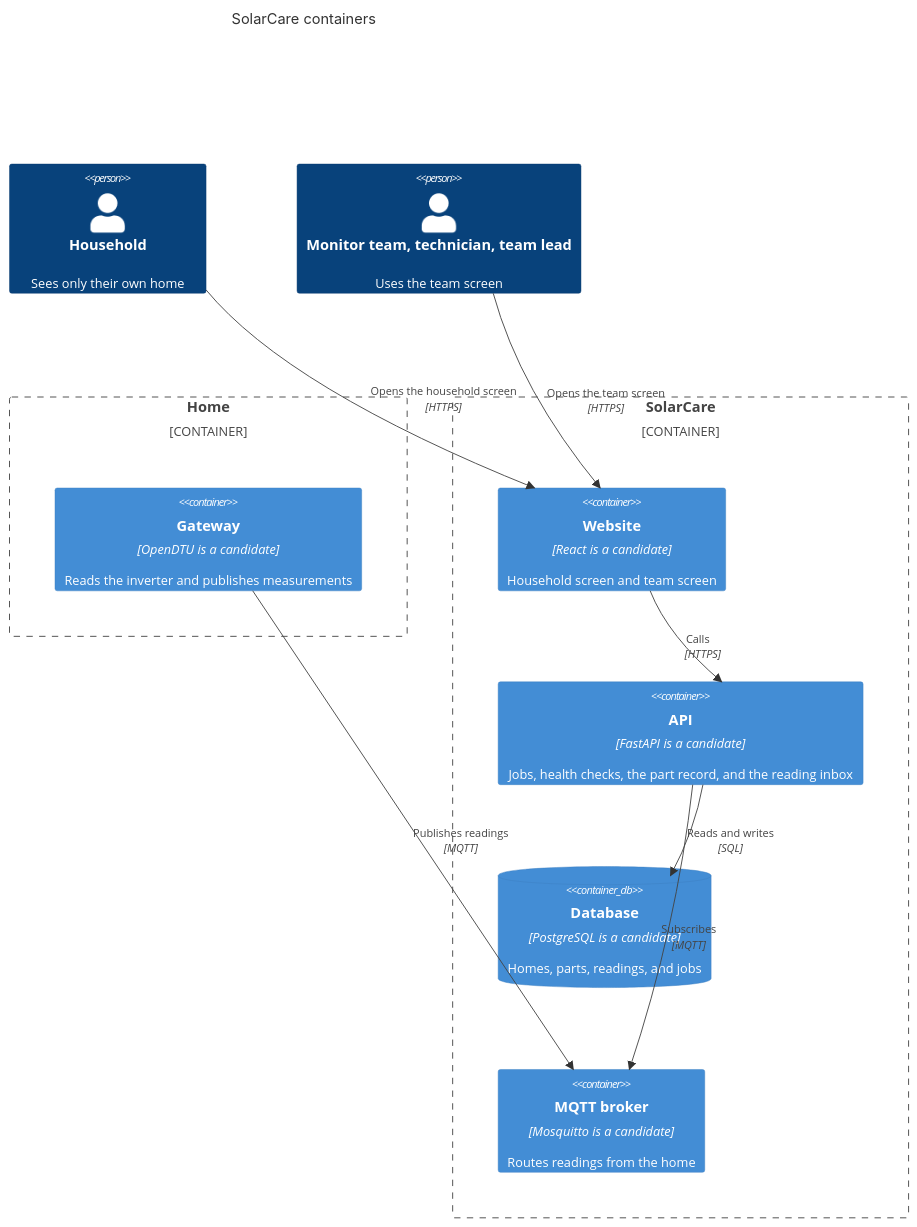
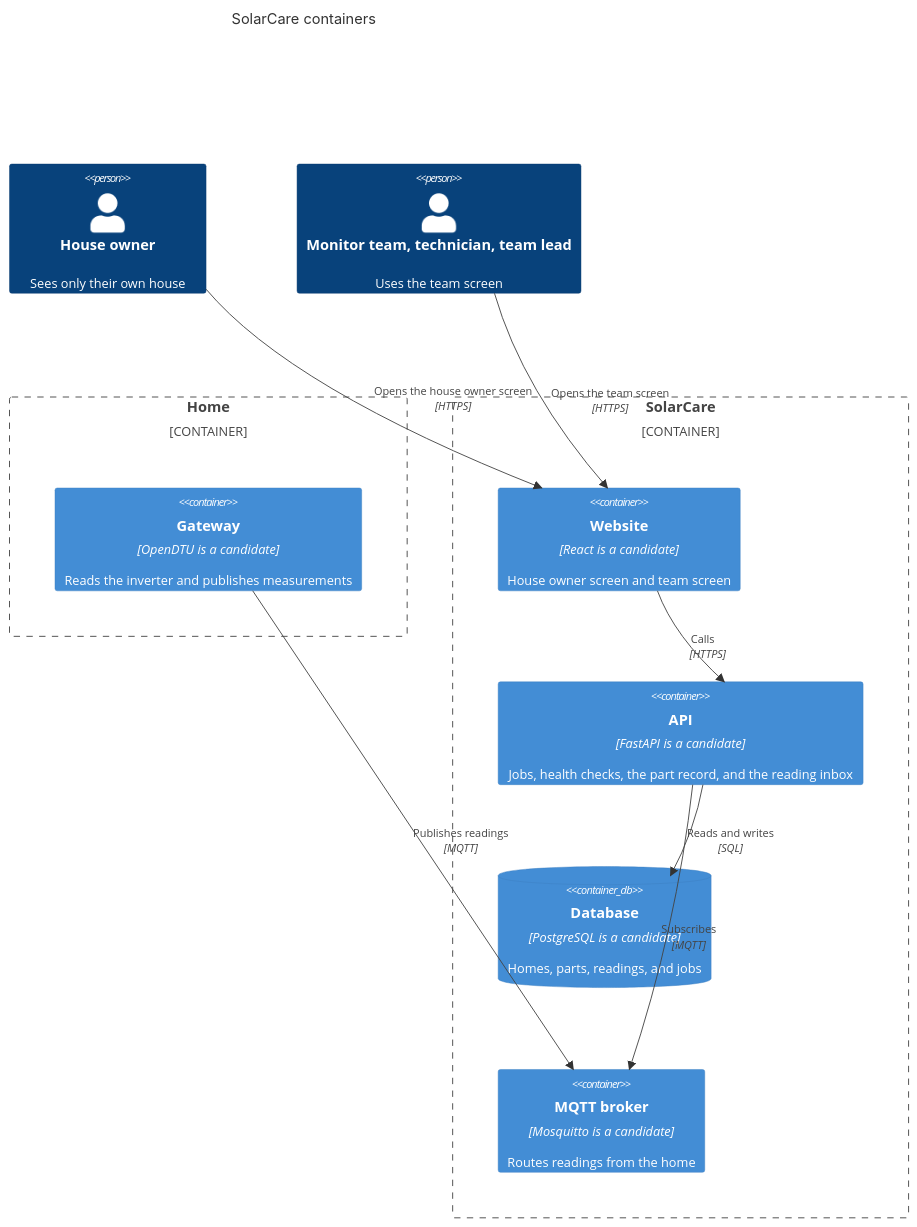
The diagram in diagrams/c4/container.md (SolarCare-school-project/SolarCare), drawn with Mermaid before and after one commit. The commit also changed other lines of this file and 7 other files, not shown here.

````diff
--- a/diagrams/c4/container.md
+++ b/diagrams/c4/container.md
@@ -7,25 +7,25 @@
 ```mermaid
 C4Container
 title SolarCare containers
 
-Person(household, "Household", "Sees only their own home")
+Person(owner, "House owner", "Sees only their own house")
 Person(team, "Monitor team, technician, team lead", "Uses the team screen")
 
 Container_Boundary(home, "Home") {
     Container(gateway, "Gateway", "OpenDTU is a candidate", "Reads the inverter and publishes measurements")
 }
 
 Container_Boundary(solarcare, "SolarCare") {
-    Container(web, "Website", "React is a candidate", "Household screen and team screen")
+    Container(web, "Website", "React is a candidate", "House owner screen and team screen")
     Container(api, "API", "FastAPI is a candidate", "Jobs, health checks, the part record, and the reading inbox")
     ContainerDb(db, "Database", "PostgreSQL is a candidate", "Homes, parts, readings, and jobs")
     Container(broker, "MQTT broker", "Mosquitto is a candidate", "Routes readings from the home")
 }
 
 Rel(gateway, broker, "Publishes readings", "MQTT")
 Rel(api, broker, "Subscribes", "MQTT")
-Rel(household, web, "Opens the household screen", "HTTPS")
+Rel(owner, web, "Opens the house owner screen", "HTTPS")
 Rel(team, web, "Opens the team screen", "HTTPS")
 Rel(web, api, "Calls", "HTTPS")
 Rel(api, db, "Reads and writes", "SQL")
 ```
````
